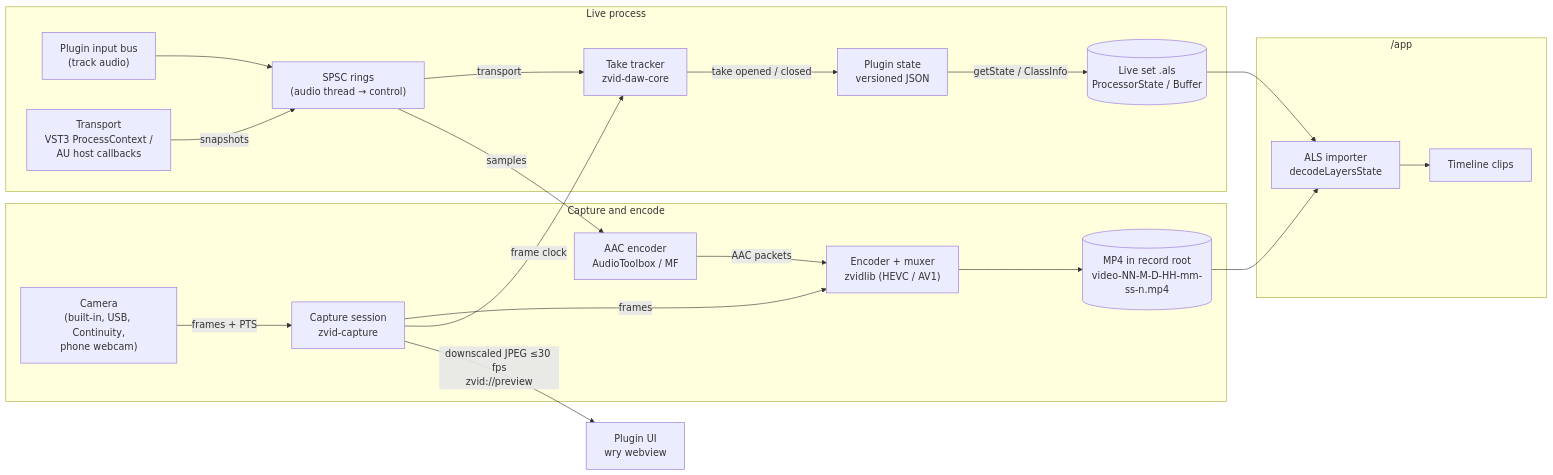
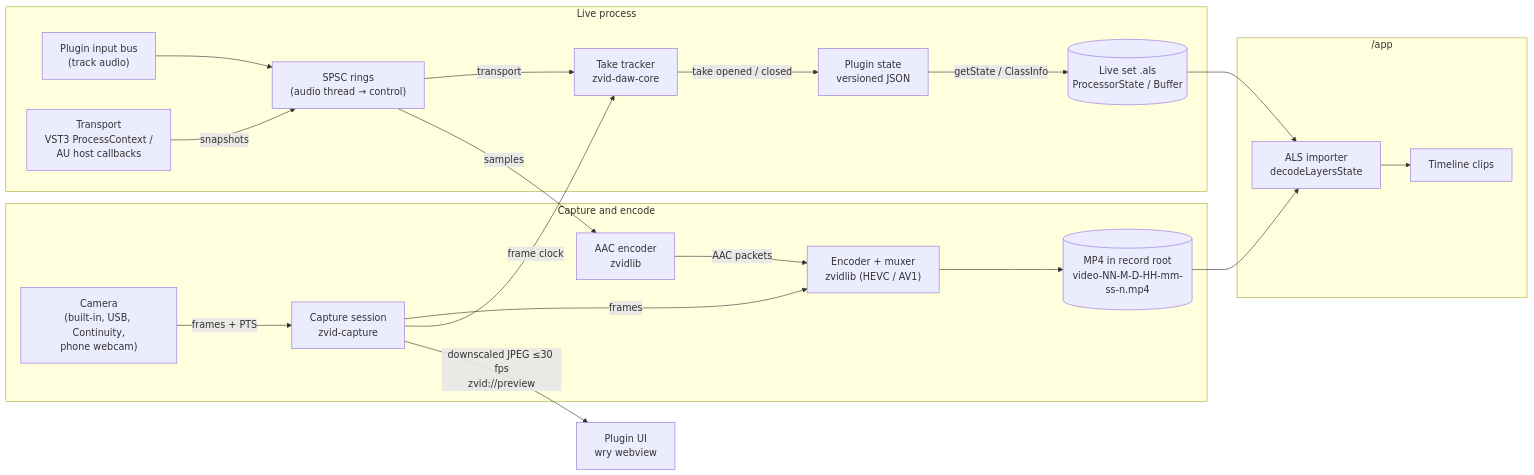
Before and after one commit to lsegal/zvid: the first of 2 diagrams in daw/ARCHITECTURE.md, drawn with Mermaid. The commit also changed other lines of this file and 16 other files, not shown here.

````diff
--- a/daw/ARCHITECTURE.md
+++ b/daw/ARCHITECTURE.md
@@ -71,40 +71,40 @@
 ```mermaid
 flowchart LR
   subgraph Capture["Capture and encode"]
     cam["Camera<br/>(built-in, USB, Continuity,<br/>phone webcam)"]
     cap["Capture session<br/>zvid-capture"]
     enc["Encoder + muxer<br/>zvidlib (HEVC / AV1)"]
-    aac["AAC encoder<br/>AudioToolbox / MF"]
+    aac["AAC encoder<br/>zvidlib"]
     file[("MP4 in record root<br/>video-NN-M-D-HH-mm-ss-n.mp4")]
     cam -- "frames + PTS" --> cap
     cap -- "frames" --> enc
     enc --> file
     aac -- "AAC packets" --> enc
   end
 
   subgraph Host["Live process"]
     input["Plugin input bus<br/>(track audio)"]
     transport["Transport<br/>VST3 ProcessContext /<br/>AU host callbacks"]
     ring["SPSC rings<br/>(audio thread → control)"]
     tracker["Take tracker<br/>zvid-daw-core"]
     state["Plugin state<br/>versioned JSON"]
     als[("Live set .als<br/>ProcessorState / Buffer")]
     input --> ring
     transport -- "snapshots" --> ring
     ring -- "transport" --> tracker
     ring -- "samples" --> aac
     cap -- "frame clock" --> tracker
     tracker -- "take opened / closed" --> state
     state -- "getState / ClassInfo" --> als
   end
 
   subgraph App["/app"]
     import["ALS importer<br/>decodeLayersState"]
     timeline["Timeline clips"]
     import --> timeline
   end
 
   als --> import
   file --> import
   cap -- "downscaled JPEG ≤30 fps<br/>zvid://preview" --> ui["Plugin UI<br/>wry webview"]
 ```
````
